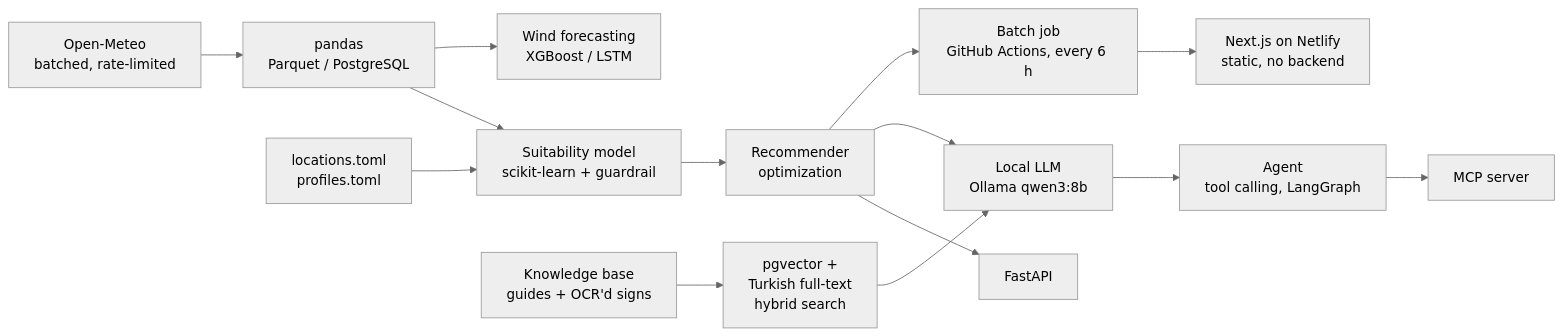
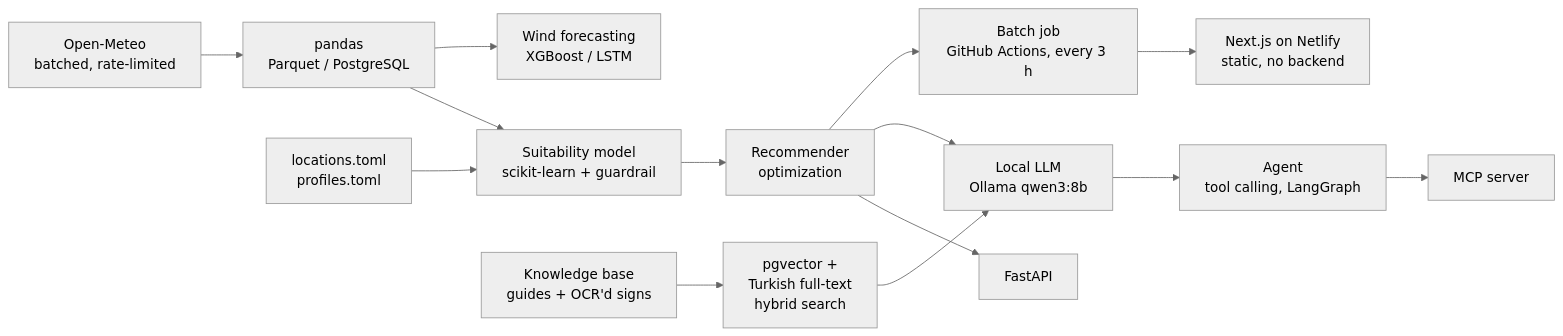
The diagram in README.md (boraozisik/spotcast), drawn with Mermaid (neutral theme) before and after one commit. The commit also changed other lines of this file and 10 other files, not shown here.

Commit message:
Wait out slow Open-Meteo responses and run the publish job every 3 hours

````diff
--- a/README.md
+++ b/README.md
@@ -49,16 +49,16 @@
 ```mermaid
 flowchart LR
     OM[Open-Meteo<br/>batched, rate-limited] --> DATA[pandas<br/>Parquet / PostgreSQL]
     CAT[locations.toml<br/>profiles.toml] --> CLS
     DATA --> CLS[Suitability model<br/>scikit-learn + guardrail]
     DATA --> FC[Wind forecasting<br/>XGBoost / LSTM]
     CLS --> REC[Recommender<br/>optimization]
     REC --> API[FastAPI]
     KB[Knowledge base<br/>guides + OCR'd signs] --> RAG[pgvector +<br/>Turkish full-text<br/>hybrid search]
     RAG --> LLM[Local LLM<br/>Ollama qwen3:8b]
     REC --> LLM
     LLM --> AG[Agent<br/>tool calling, LangGraph]
     AG --> MCP[MCP server]
-    REC --> PUB[Batch job<br/>GitHub Actions, every 6 h]
+    REC --> PUB[Batch job<br/>GitHub Actions, every 3 h]
     PUB --> SITE[Next.js on Netlify<br/>static, no backend]
 ```
````
